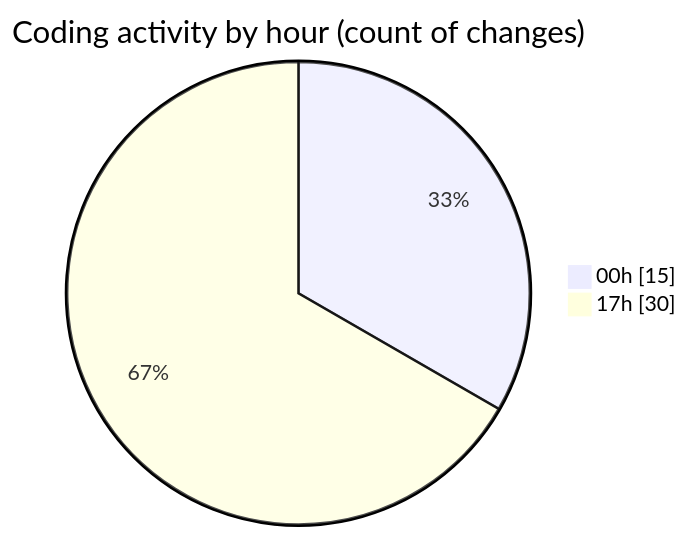
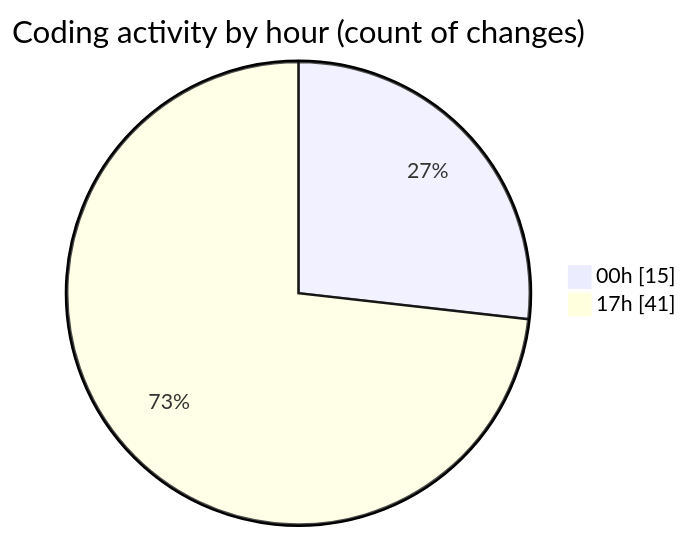
The second of 2 diagrams in 2025-04-06/echo/README.md (Netris89/code-tracking), drawn with Mermaid before and after one commit. The commit also changed other lines of this file and 1 other file, not shown here.

````diff
--- a/2025-04-06/echo/README.md
+++ b/2025-04-06/echo/README.md
@@ -37,6 +37,6 @@
 ```mermaid
 pie showData
 title Coding activity by hour (count of changes)
 "00h" : 15
-"17h" : 30
+"17h" : 41
 ```
````
